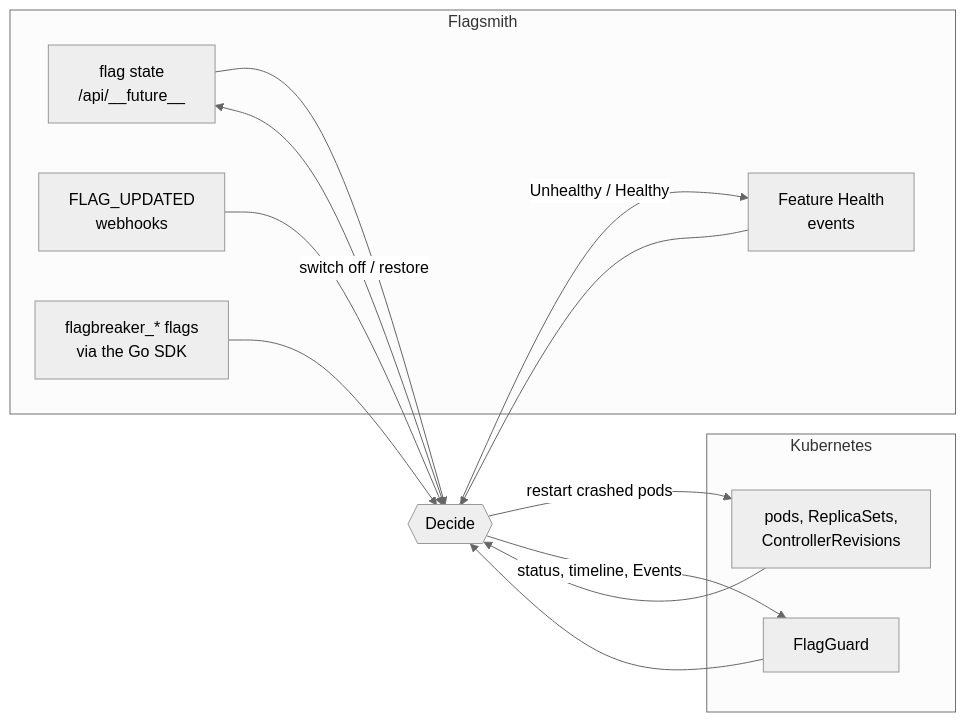
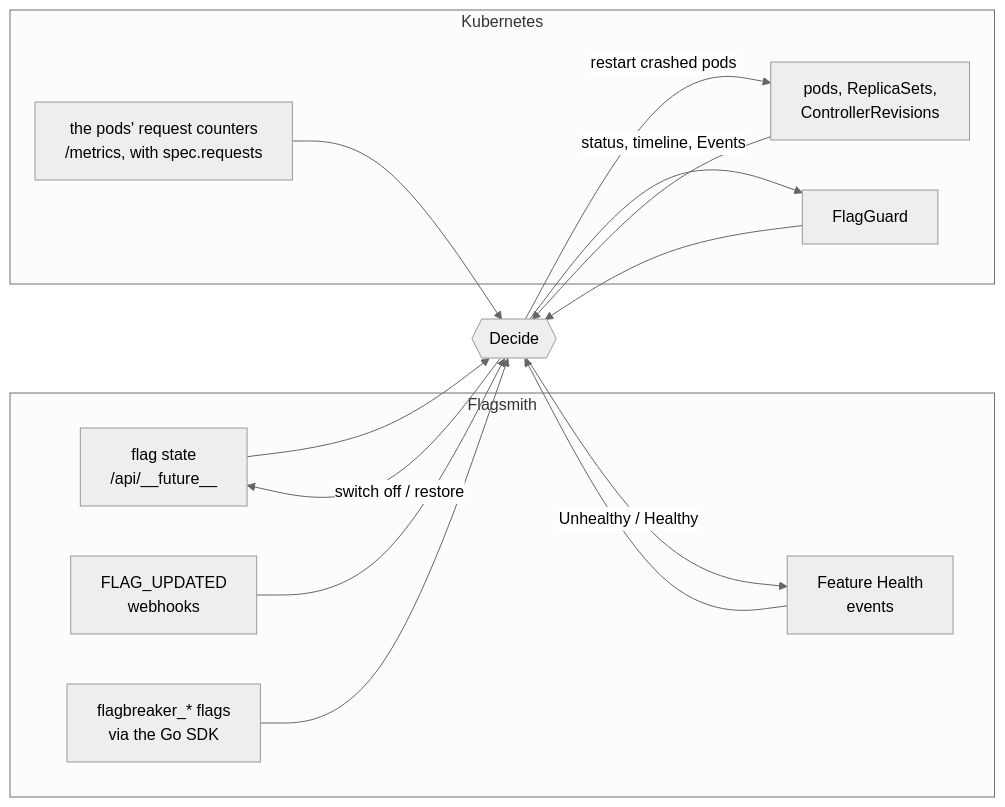
One commit to Pradyuman-aviator/flagbreaker changed the first of 2 diagrams in docs/design.md. Above: the diagram before and after it, drawn with Mermaid (neutral theme). The commit also changed other lines of this file and 4 other files, not shown here.

````diff
--- a/docs/design.md
+++ b/docs/design.md
@@ -24,23 +25,25 @@
 ```mermaid
 flowchart LR
   subgraph Flagsmith
     F[flag state<br/>/api/__future__]
     W[FLAG_UPDATED<br/>webhooks]
     H[Feature Health<br/>events]
     S[flagbreaker_* flags<br/>via the Go SDK]
   end
   subgraph Kubernetes
     P[pods, ReplicaSets,<br/>ControllerRevisions]
+    R[the pods' request counters<br/>/metrics, with spec.requests]
     G[FlagGuard]
   end
   F --> C{{Decide}}
   W --> C
   H --> C
   S --> C
   P --> C
+  R --> C
   G --> C
   C -->|switch off / restore| F
   C -->|Unhealthy / Healthy| H
   C -->|restart crashed pods| P
   C -->|status, timeline, Events| G
 ```
````
